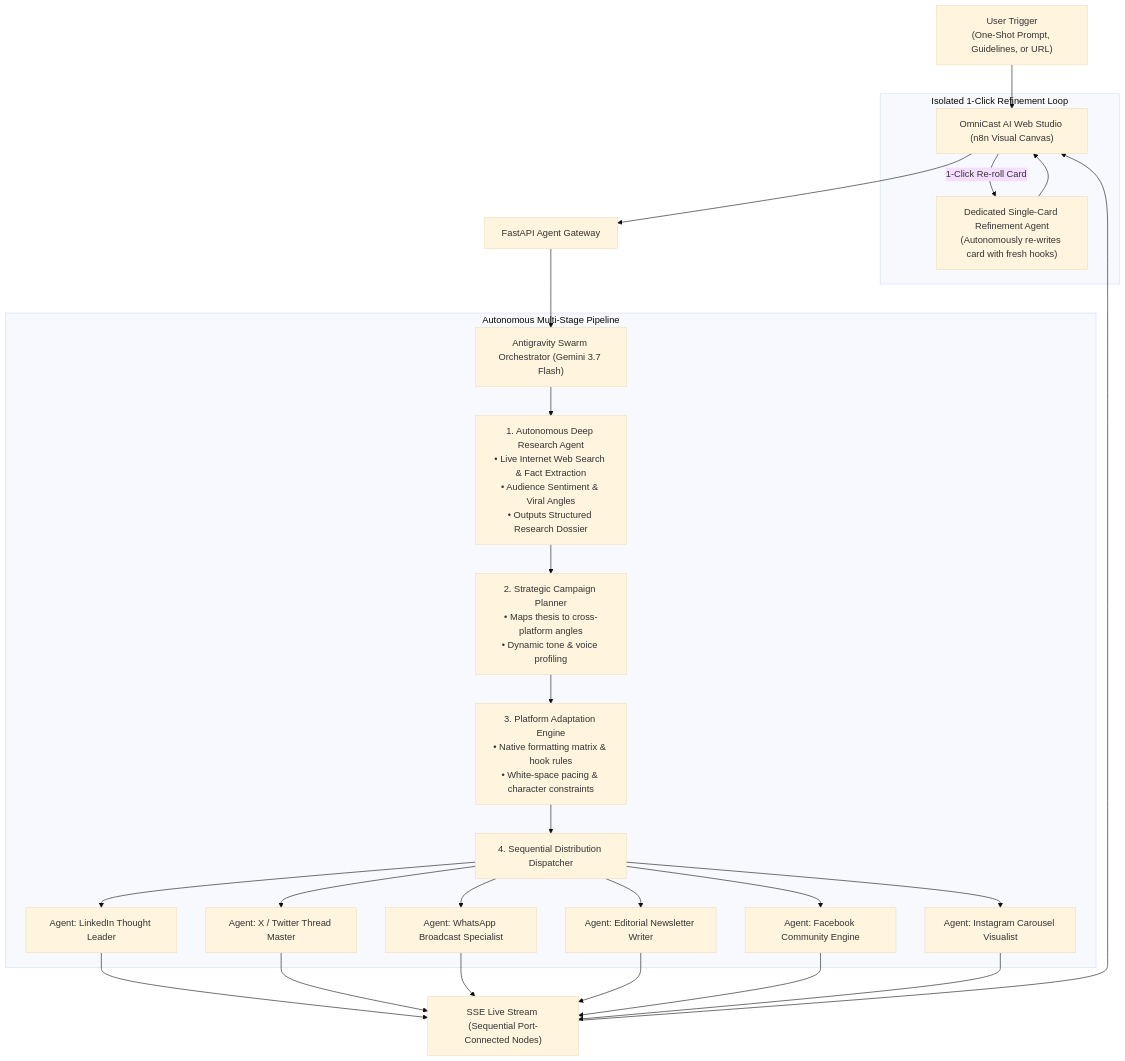
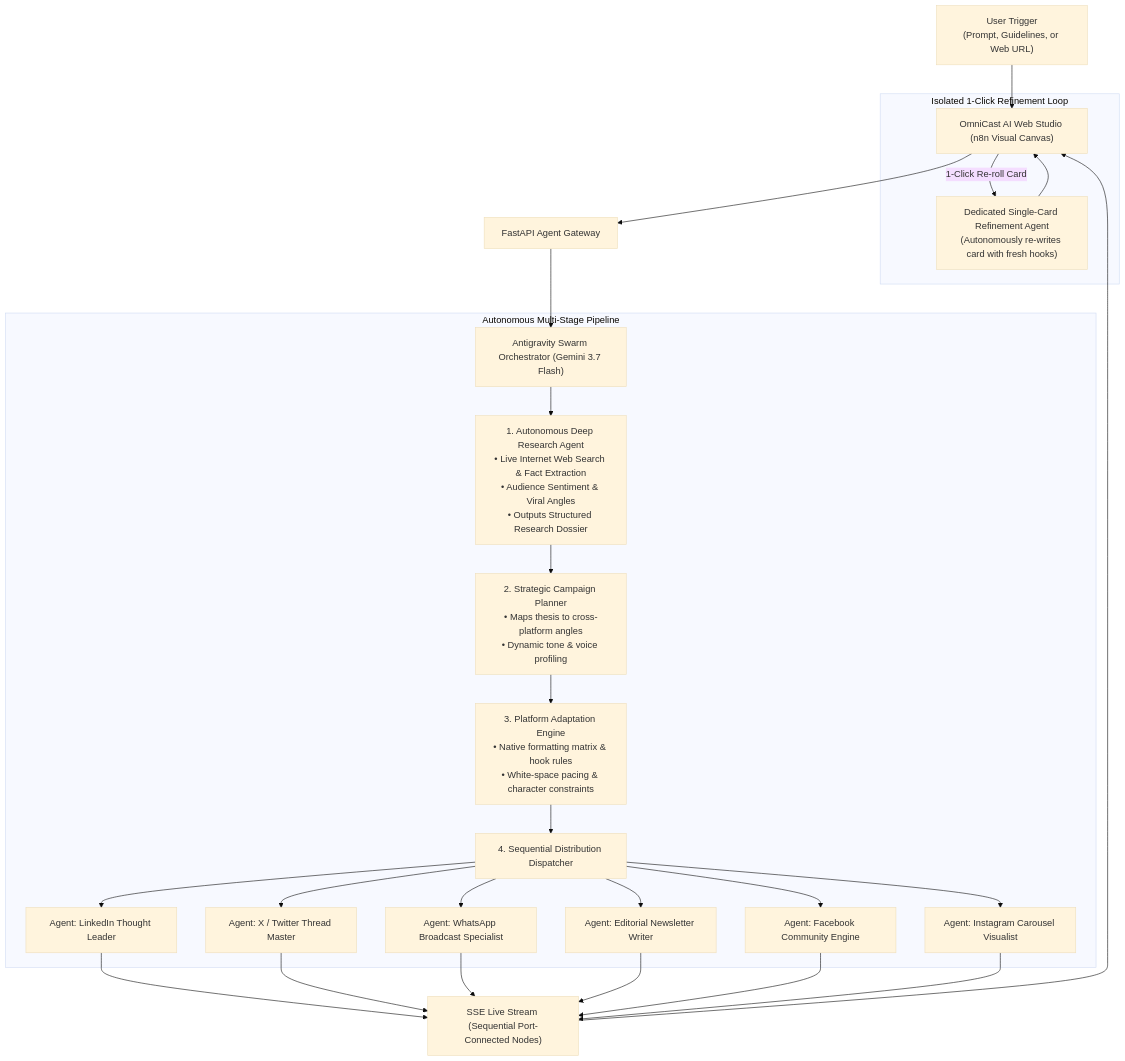
One commit to ibrahimdot20/OmniCast-AI changed the diagram in README.md. Above: the diagram before and after it, drawn with Mermaid (base theme). The commit also changed other lines of this file, not shown here.

````diff
--- a/README.md
+++ b/README.md
@@ -18,31 +17,31 @@
 ```mermaid
 graph TD
-    UserTrigger["User Trigger<br/>(One-Shot Prompt, Guidelines, or URL)"] --> WebStudio["OmniCast AI Web Studio (n8n Visual Canvas)"]
+    UserTrigger["User Trigger<br/>(Prompt, Guidelines, or Web URL)"] --> WebStudio["OmniCast AI Web Studio (n8n Visual Canvas)"]
     WebStudio --> API["FastAPI Agent Gateway"]
     API --> MasterOrchestrator["Antigravity Swarm Orchestrator (Gemini 3.7 Flash)"]
     
     subgraph Autonomous Multi-Stage Pipeline
         MasterOrchestrator --> Stage1["1. Autonomous Deep Research Agent<br/>• Live Internet Web Search & Fact Extraction<br/>• Audience Sentiment & Viral Angles<br/>• Outputs Structured Research Dossier"]
         
         Stage1 --> Stage2["2. Strategic Campaign Planner<br/>• Maps thesis to cross-platform angles<br/>• Dynamic tone & voice profiling"]
         
         Stage2 --> Stage3["3. Platform Adaptation Engine<br/>• Native formatting matrix & hook rules<br/>• White-space pacing & character constraints"]
         
         Stage3 --> SequentialPipeline["4. Sequential Distribution Dispatcher"]
         
         SequentialPipeline --> A_LinkedIn["Agent: LinkedIn Thought Leader"]
         SequentialPipeline --> A_Twitter["Agent: X / Twitter Thread Master"]
         SequentialPipeline --> A_WhatsApp["Agent: WhatsApp Broadcast Specialist"]
         SequentialPipeline --> A_Newsletter["Agent: Editorial Newsletter Writer"]
         SequentialPipeline --> A_Facebook["Agent: Facebook Community Engine"]
         SequentialPipeline --> A_Instagram["Agent: Instagram Carousel Visualist"]
     end
     
     A_LinkedIn & A_Twitter & A_WhatsApp & A_Newsletter & A_Facebook & A_Instagram --> EventStream["SSE Live Stream (Sequential Port-Connected Nodes)"]
     EventStream --> WebStudio
     
     subgraph Isolated 1-Click Refinement Loop
         WebStudio -- "1-Click Re-roll Card" --> CardRegenAgent["Dedicated Single-Card Refinement Agent<br/>(Autonomously re-writes card with fresh hooks)"]
         CardRegenAgent --> WebStudio
     end
 ```
````
